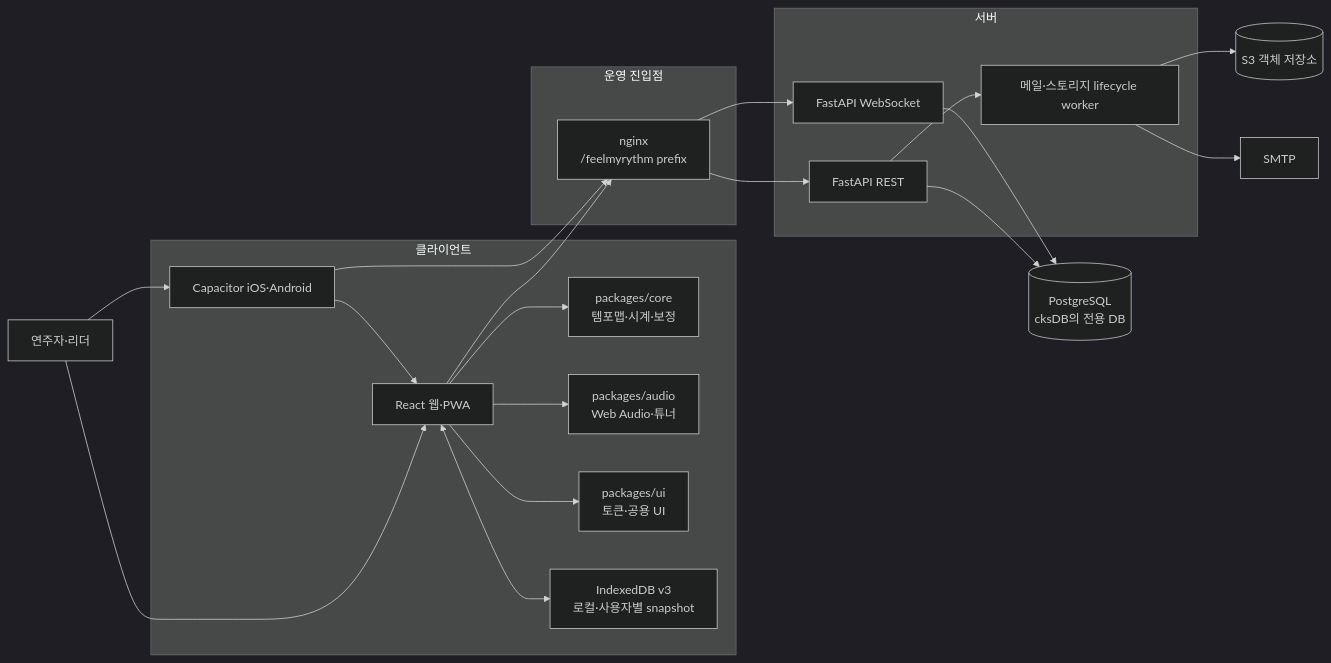
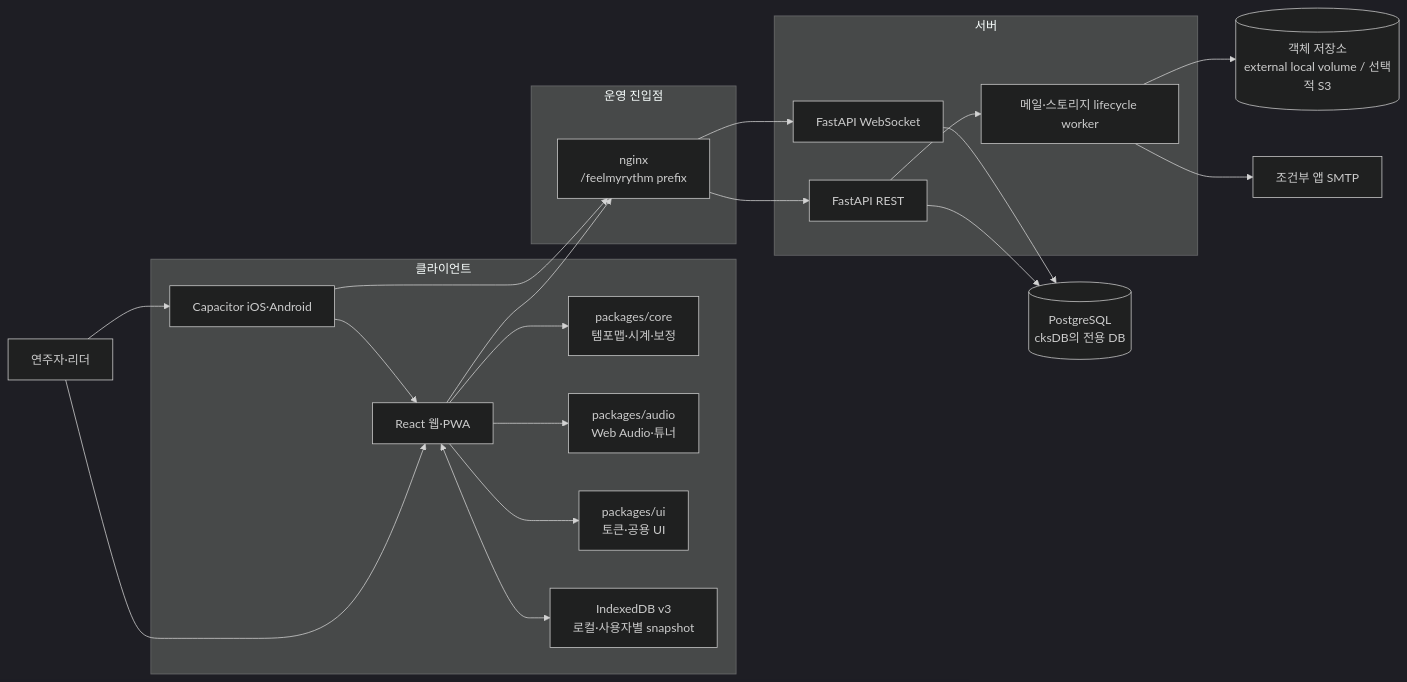
The first of 12 diagrams in docs/ARCHITECTURE_AND_CODE_GUIDE.md (facio313/FeelMyRythm), drawn with Mermaid (dark theme) before and after one commit. The commit also changed other lines of this file and 29 other files, not shown here.

````diff
--- a/docs/ARCHITECTURE_AND_CODE_GUIDE.md
+++ b/docs/ARCHITECTURE_AND_CODE_GUIDE.md
@@ -28,44 +28,44 @@
 ```mermaid
 flowchart LR
   User["연주자·리더"]
 
   subgraph Client["클라이언트"]
     Web["React 웹·PWA"]
     Mobile["Capacitor iOS·Android"]
     Core["packages/core\n템포맵·시계·보정"]
     Audio["packages/audio\nWeb Audio·튜너"]
     UI["packages/ui\n토큰·공용 UI"]
     IDB["IndexedDB v3\n로컬·사용자별 snapshot"]
   end
 
   subgraph Edge["운영 진입점"]
     Nginx["nginx\n/feelmyrythm prefix"]
   end
 
   subgraph Backend["서버"]
     API["FastAPI REST"]
     WS["FastAPI WebSocket"]
     Worker["메일·스토리지 lifecycle worker"]
   end
 
   PG[("PostgreSQL\ncksDB의 전용 DB")]
-  S3[("S3 객체 저장소")]
-  SMTP["SMTP"]
+  S3[("객체 저장소\nexternal local volume / 선택적 S3")]
+  SMTP["조건부 앱 SMTP"]
 
   User --> Web
   User --> Mobile
   Web --> Core
   Web --> Audio
   Web --> UI
   Web <--> IDB
   Mobile --> Web
   Web --> Nginx
   Mobile --> Nginx
   Nginx --> API
   Nginx --> WS
   API --> PG
   WS --> PG
   API --> Worker
   Worker --> S3
   Worker --> SMTP
 ```
````
